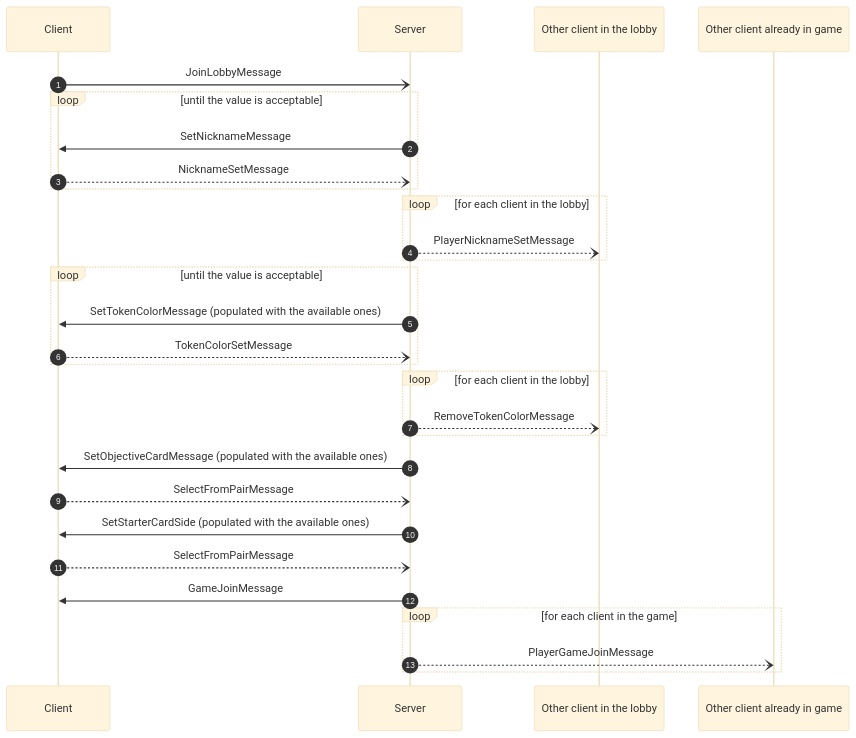
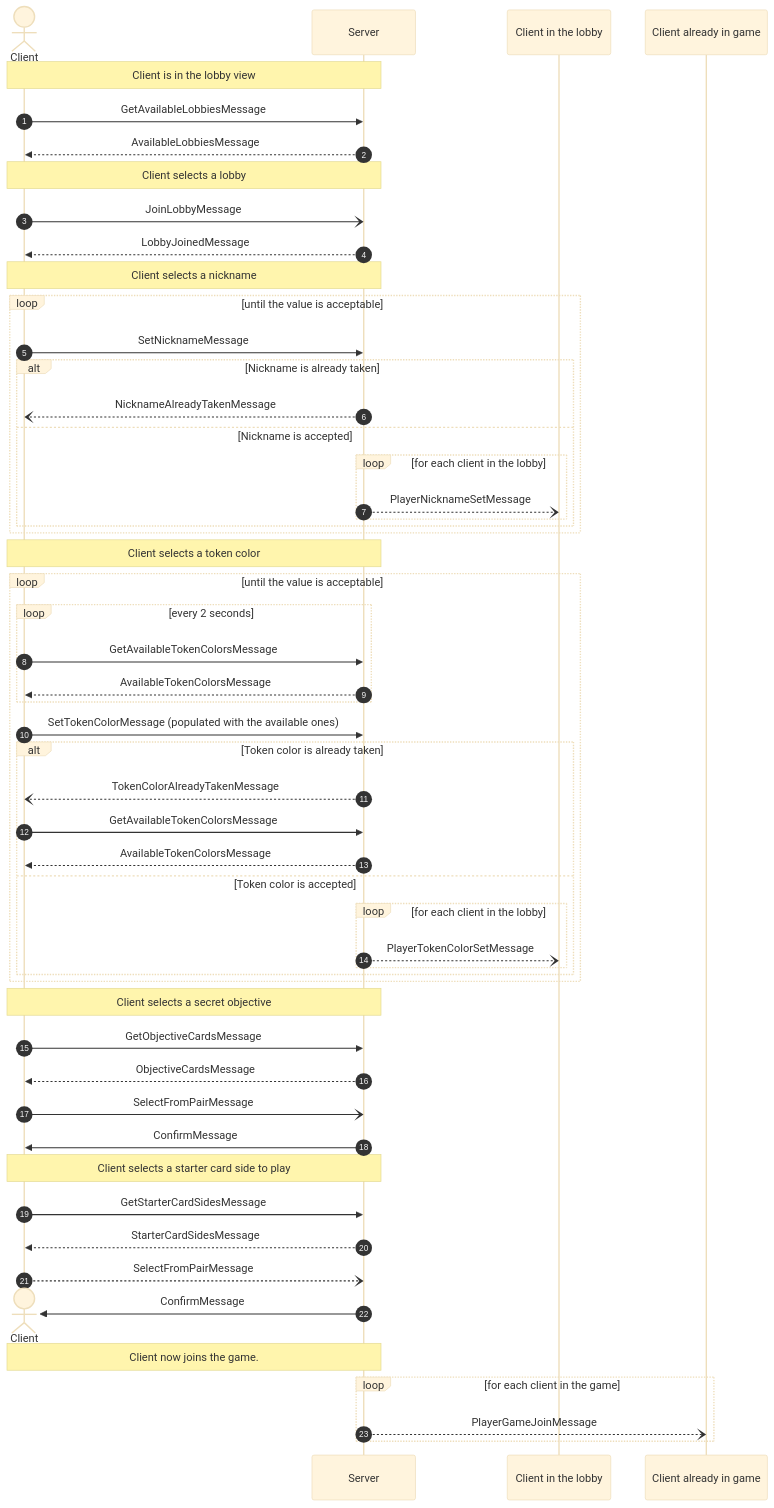
The first of 5 diagrams in documentation_wip/network_protocol.md (frephs/IS24-AM21), drawn with Mermaid (base theme) before and after one commit.

Commit message:
fix(network protocol, lobby): implement professor and tutor suggestions after review

````diff
--- a/documentation_wip/network_protocol.md
+++ b/documentation_wip/network_protocol.md
@@ -11,41 +11,74 @@
 ```mermaid
 sequenceDiagram
+    actor Client
     autonumber
+    # Get the available lobbies
+    Note over Client,Server : Client is in the lobby view
+    Client ->> Server : GetAvailableLobbiesMessage
+    Server -->> Client : AvailableLobbiesMessage
+    
+    # Join the Game Lobby
+    Note over Client,Server : Client selects a lobby
     Client -) Server : JoinLobbyMessage
+    Server -->> Client : LobbyJoinedMessage
+
+    # Player Nickname
+    Note over Client,Server : Client selects a nickname
     loop until the value is acceptable
+    Client ->> Server : SetNicknameMessage
+    alt Nickname is already taken   
+        Server --) Client : NicknameAlreadyTakenMessage
+    else Nickname is accepted
+        loop for each client in the lobby
+        Server --) Client in the lobby:  PlayerNicknameSetMessage
+    end
+    end
+
     
-    # Player Nickname
-    Server ->> Client : SetNicknameMessage
-    Client --) Server : NicknameSetMessage 
-    end
-    
-    loop for each client in the lobby
-    Server --) Other client in the lobby:  PlayerNicknameSetMessage
     end
 
     # Player Token color 
+    Note over Client,Server : Client selects a token color
+    
     loop until the value is acceptable
-    Server ->> Client : SetTokenColorMessage (populated with the available ones)
+        loop every 2 seconds
+            Client ->> Server : GetAvailableTokenColorsMessage
+            Server -->> Client : AvailableTokenColorsMessage
+        end
+            Client ->> Server : SetTokenColorMessage (populated with the available ones)
+            alt Token color is already taken
+            Server --) Client : TokenColorAlreadyTakenMessage 
+            Client ->> Server : GetAvailableTokenColorsMessage
+            Server -->> Client : AvailableTokenColorsMessage
+            else Token color is accepted
+                loop for each client in the lobby
+                    Server --) Client in the lobby:  PlayerTokenColorSetMessage
+                end
+        end
+    end
+  
     
-    Client --) Server : TokenColorSetMessage 
-    end
-    
-    loop for each client in the lobby
-    Server --) Other client in the lobby:  RemoveTokenColorMessage
-    end
 
 
     # Player Secret Objective 
-    Server ->> Client : SetObjectiveCardMessage (populated with the available ones)
-    Client --) Server : SelectFromPairMessage
+    Note over Client,Server: Client selects a secret objective
+    Client ->> Server : GetObjectiveCardsMessage
+    Server -->> Client : ObjectiveCardsMessage 
+    Client -) Server : SelectFromPairMessage 
+    Server ->> Client : ConfirmMessage
+    
 
     #Player Starter Card Side to place
-    Server ->> Client : SetStarterCardSide (populated with the available ones)
+    Note over Client,Server: Client selects a starter card side to play
+
+    Client ->> Server : GetStarterCardSidesMessage
+    Server -->> Client : StarterCardSidesMessage
     Client --) Server : SelectFromPairMessage
-    Server ->> Client : GameJoinMessage
-    
+    Destroy Client
+    Server ->> Client : ConfirmMessage
+    Note over Client,Server: Client now joins the game.
     loop for each client in the game
-    Server --) Other client already in game:  PlayerGameJoinMessage
+    Server --) Client already in game:  PlayerGameJoinMessage
     end
 
 ```
````
